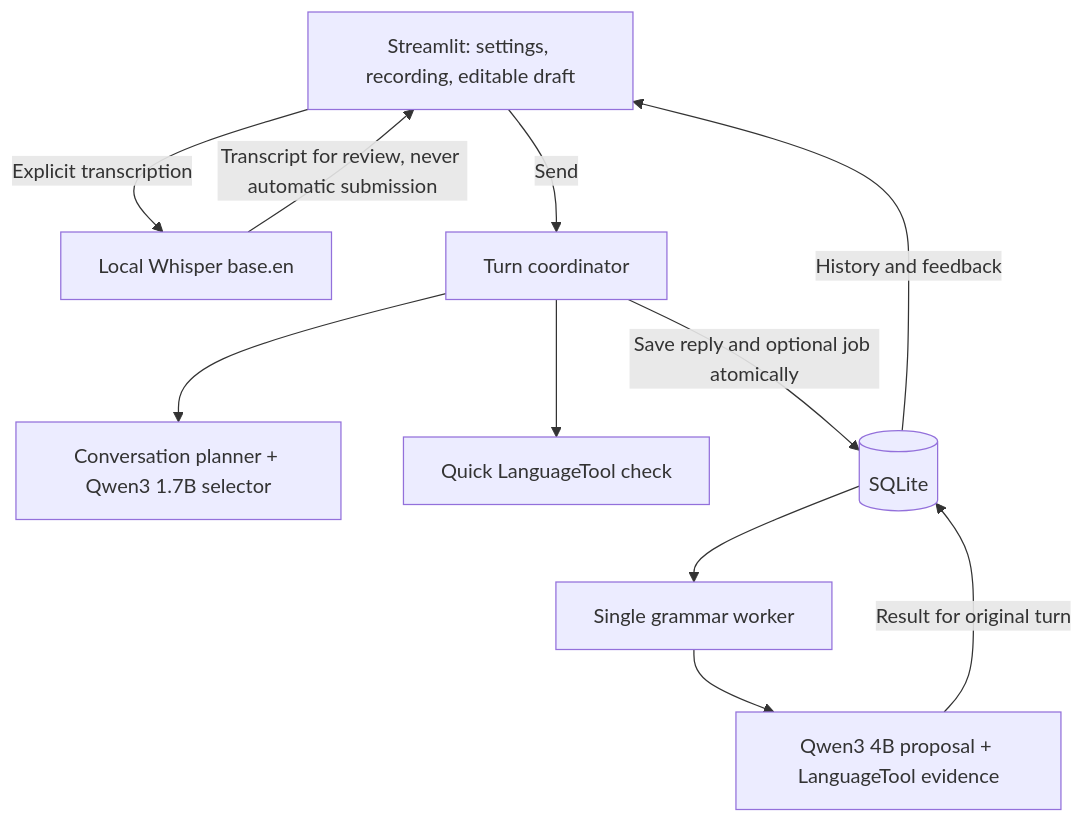
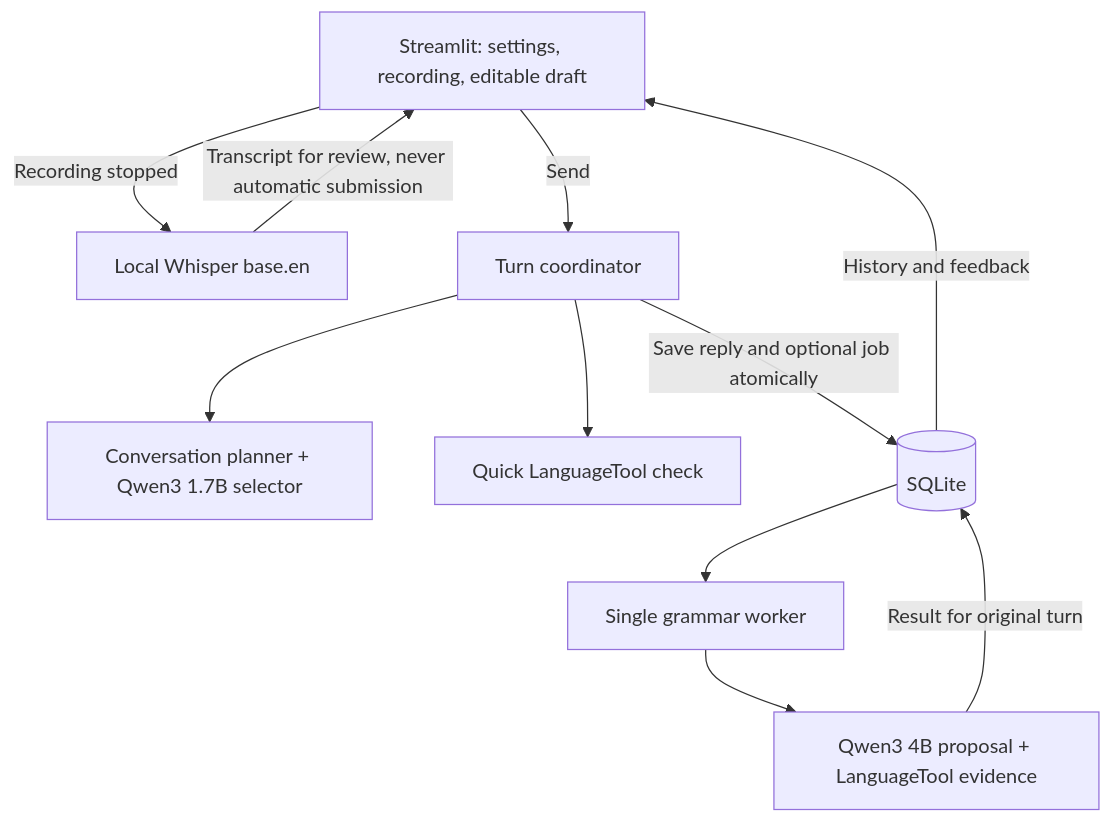
The diagram in README.md (LovejitGill/Speakeasy), drawn with Mermaid before and after one commit. The commit also changed other lines of this file and 5 other files, not shown here.

````diff
--- a/README.md
+++ b/README.md
@@ -40,14 +40,14 @@
 ```mermaid
 flowchart TD
     UI["Streamlit: settings, recording, editable draft"]
-    UI -->|"Explicit transcription"| STT["Local Whisper base.en"]
+    UI -->|"Recording stopped"| STT["Local Whisper base.en"]
     STT -->|"Transcript for review, never automatic submission"| UI
     UI -->|"Send"| TURN["Turn coordinator"]
     TURN --> CONV["Conversation planner + Qwen3 1.7B selector"]
     TURN --> QUICK["Quick LanguageTool check"]
     TURN -->|"Save reply and optional job atomically"| DB[("SQLite")]
     DB --> WORKER["Single grammar worker"]
     WORKER --> FULL["Qwen3 4B proposal + LanguageTool evidence"]
     FULL -->|"Result for original turn"| DB
     DB -->|"History and feedback"| UI
 ```
````
